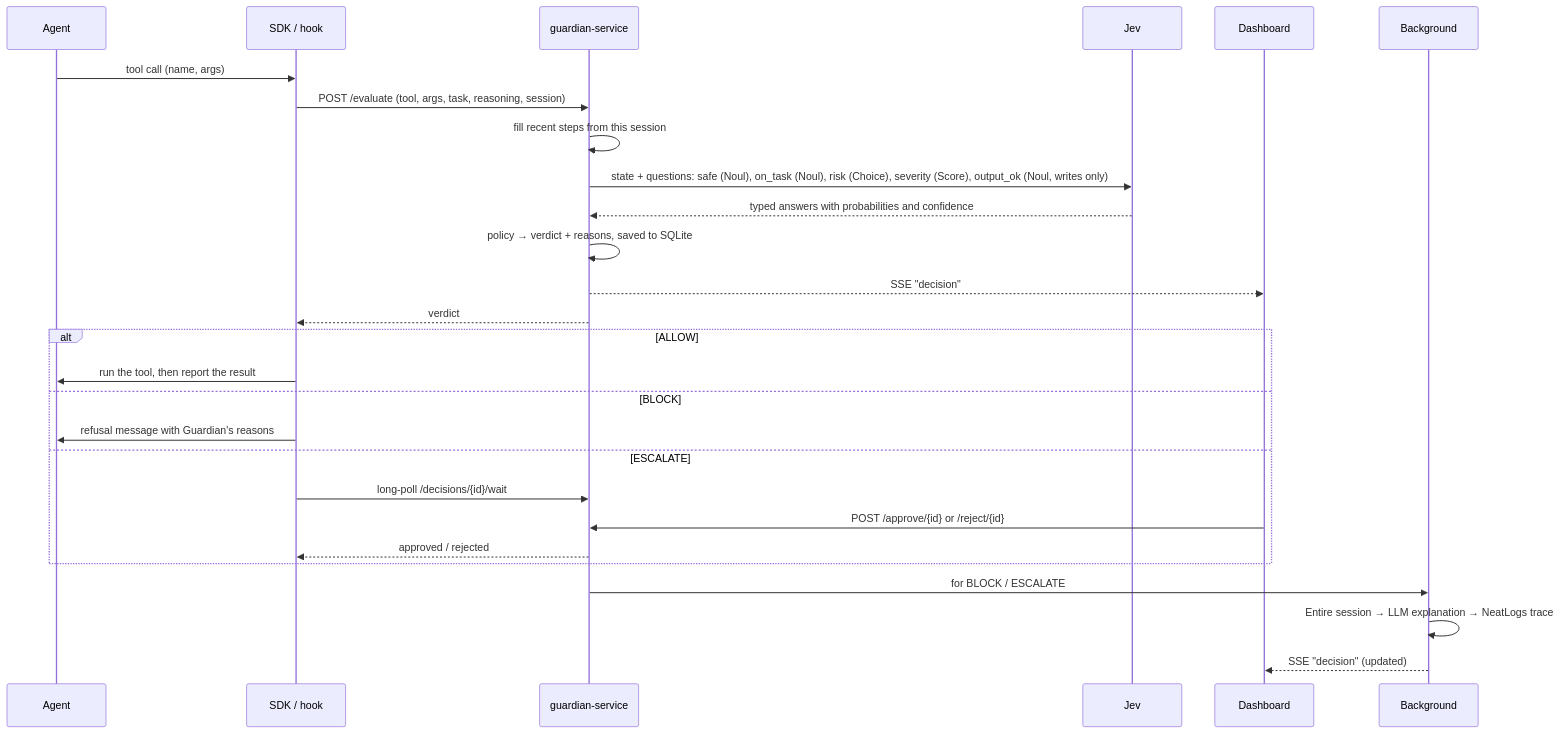
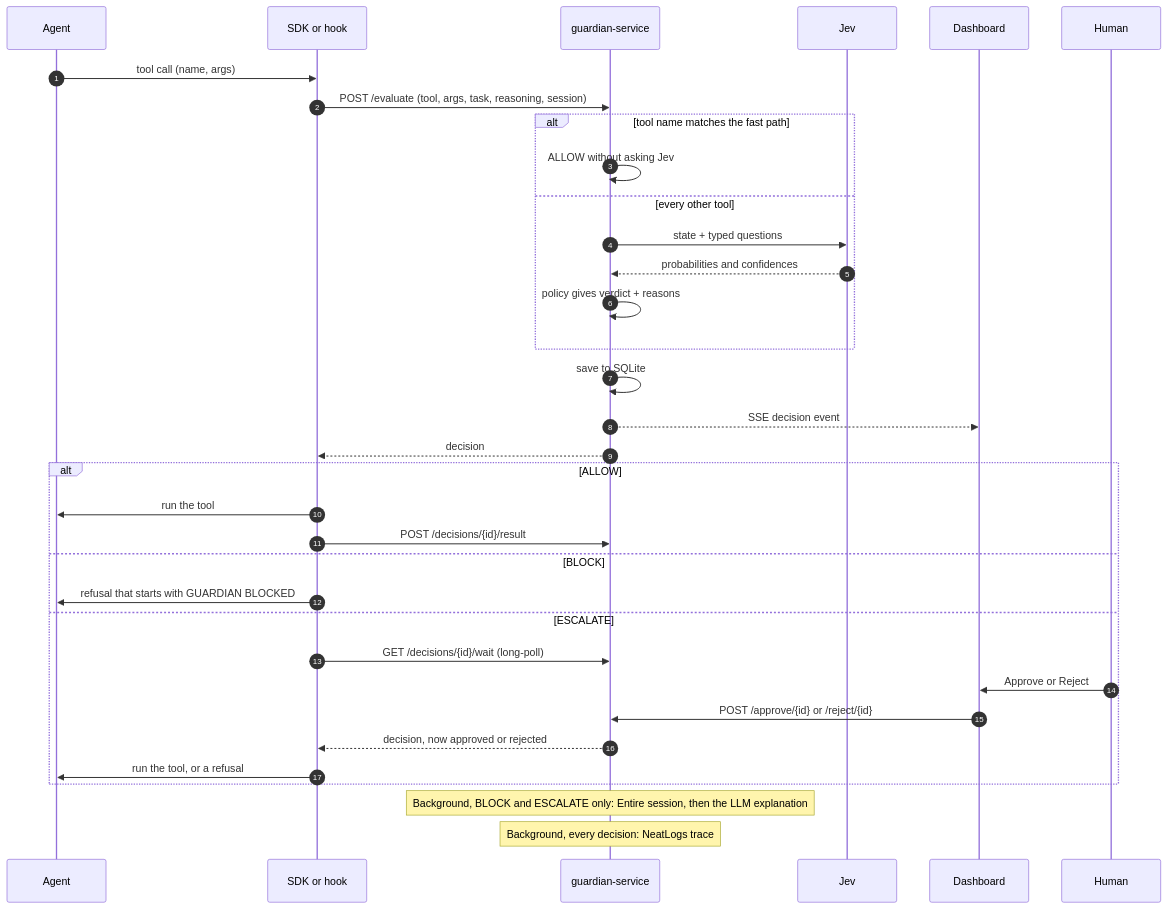
One commit to MD-Sharik/guardian changed the second of 3 diagrams in docs/ARCHITECTURE.md. Above: the diagram before and after it, drawn with Mermaid. The commit also changed other lines of this file and 2 other files, not shown here.

First line of the commit message:
Split the architecture into high-level and low-level designs

````diff
--- a/docs/ARCHITECTURE.md
+++ b/docs/ARCHITECTURE.md
@@ -50,29 +88,36 @@
 ```mermaid
 sequenceDiagram
+    autonumber
     participant A as Agent
-    participant S as SDK / hook
+    participant C as SDK or hook
     participant G as guardian-service
     participant J as Jev
     participant D as Dashboard
-    participant B as Background
-    A->>S: tool call (name, args)
-    S->>G: POST /evaluate (tool, args, task, reasoning, session)
-    G->>G: fill recent steps from this session
-    G->>J: state + questions: safe (Noul), on_task (Noul), risk (Choice), severity (Score), output_ok (Noul, writes only)
-    J-->>G: typed answers with probabilities and confidence
-    G->>G: policy → verdict + reasons, saved to SQLite
-    G-->>D: SSE "decision"
-    G-->>S: verdict
+    participant H as Human
+    A->>C: tool call (name, args)
+    C->>G: POST /evaluate (tool, args, task, reasoning, session)
+    alt tool name matches the fast path
+        G->>G: ALLOW without asking Jev
+    else every other tool
+        G->>J: state + typed questions
+        J-->>G: probabilities and confidences
+        G->>G: policy gives verdict + reasons
+    end
+    G->>G: save to SQLite
+    G-->>D: SSE decision event
+    G-->>C: decision
     alt ALLOW
-        S->>A: run the tool, then report the result
+        C->>A: run the tool
+        C->>G: POST /decisions/{id}/result
     else BLOCK
-        S->>A: refusal message with Guardian's reasons
+        C->>A: refusal that starts with GUARDIAN BLOCKED
     else ESCALATE
-        S->>G: long-poll /decisions/{id}/wait
+        C->>G: GET /decisions/{id}/wait (long-poll)
+        H->>D: Approve or Reject
         D->>G: POST /approve/{id} or /reject/{id}
-        G-->>S: approved / rejected
+        G-->>C: decision, now approved or rejected
+        C->>A: run the tool, or a refusal
     end
-    G->>B: for BLOCK / ESCALATE
-    B->>B: Entire session → LLM explanation → NeatLogs trace
-    B-->>D: SSE "decision" (updated)
+    Note over G: Background, BLOCK and ESCALATE only: Entire session, then the LLM explanation
+    Note over G: Background, every decision: NeatLogs trace
 ```
````
